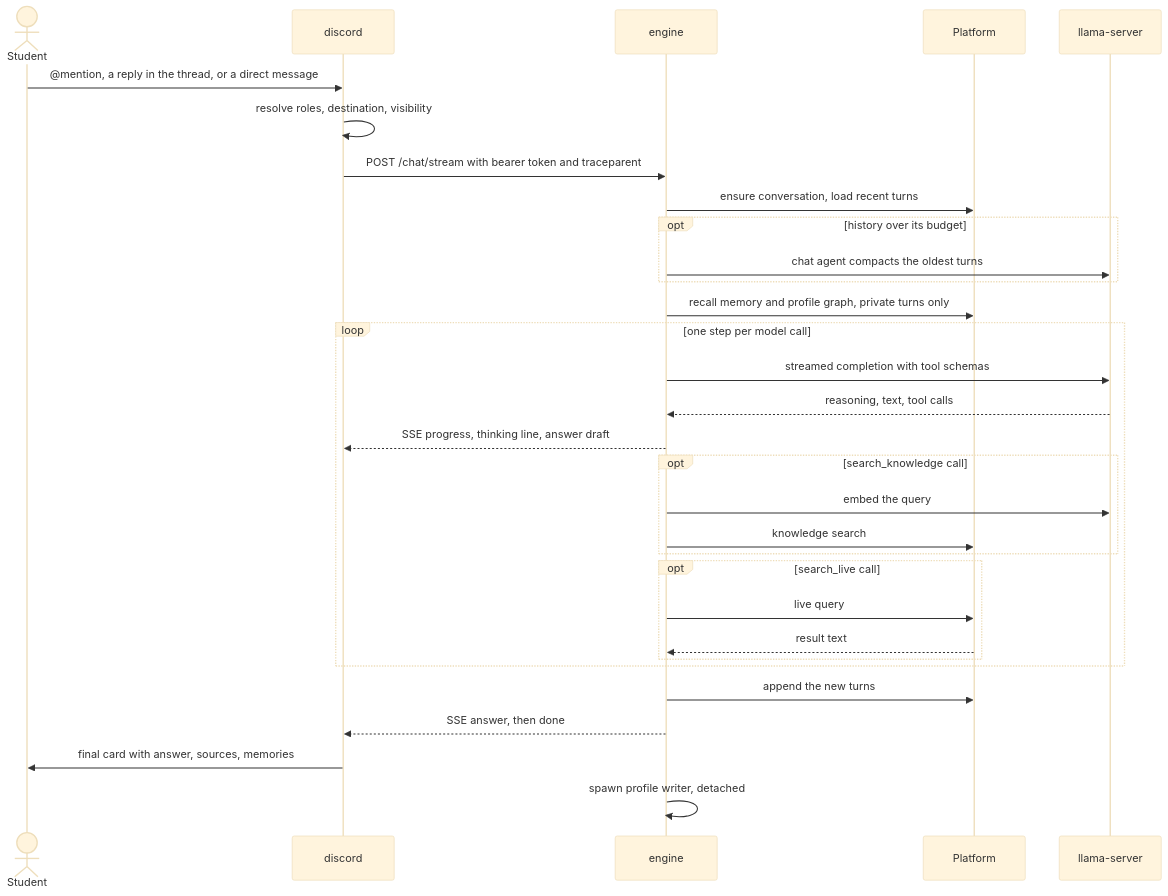
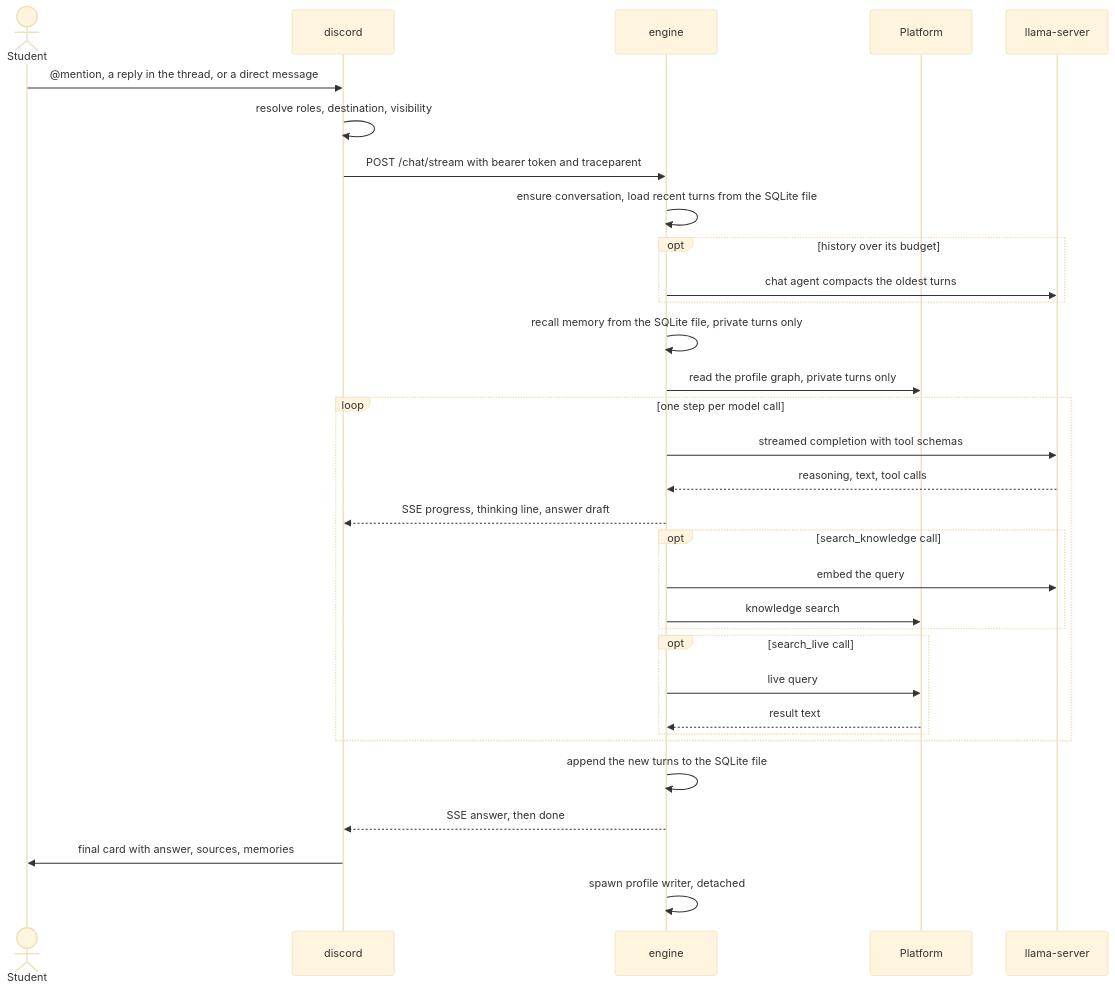
One commit to theaisocietyasu/sparky changed the third of 8 diagrams in docs/ARCHITECTURE.md. Above: the diagram before and after it, drawn with Mermaid (base theme). The commit also changed other lines of this file and 42 other files, not shown here.

````diff
--- a/docs/ARCHITECTURE.md
+++ b/docs/ARCHITECTURE.md
@@ -268,34 +277,35 @@
 ```mermaid
 sequenceDiagram
     actor U as Student
     participant B as discord
     participant E as engine
     participant P as Platform
     participant M as llama-server
 
     U->>B: @mention, a reply in the thread, or a direct message
     B->>B: resolve roles, destination, visibility
     B->>E: POST /chat/stream with bearer token and traceparent
-    E->>P: ensure conversation, load recent turns
+    E->>E: ensure conversation, load recent turns from the SQLite file
     opt history over its budget
         E->>M: chat agent compacts the oldest turns
     end
-    E->>P: recall memory and profile graph, private turns only
+    E->>E: recall memory from the SQLite file, private turns only
+    E->>P: read the profile graph, private turns only
     loop one step per model call
         E->>M: streamed completion with tool schemas
         M-->>E: reasoning, text, tool calls
         E-->>B: SSE progress, thinking line, answer draft
         opt search_knowledge call
             E->>M: embed the query
             E->>P: knowledge search
         end
         opt search_live call
             E->>P: live query
             P-->>E: result text
         end
     end
-    E->>P: append the new turns
+    E->>E: append the new turns to the SQLite file
     E-->>B: SSE answer, then done
     B->>U: final card with answer, sources, memories
     E->>E: spawn profile writer, detached
 ```
````
